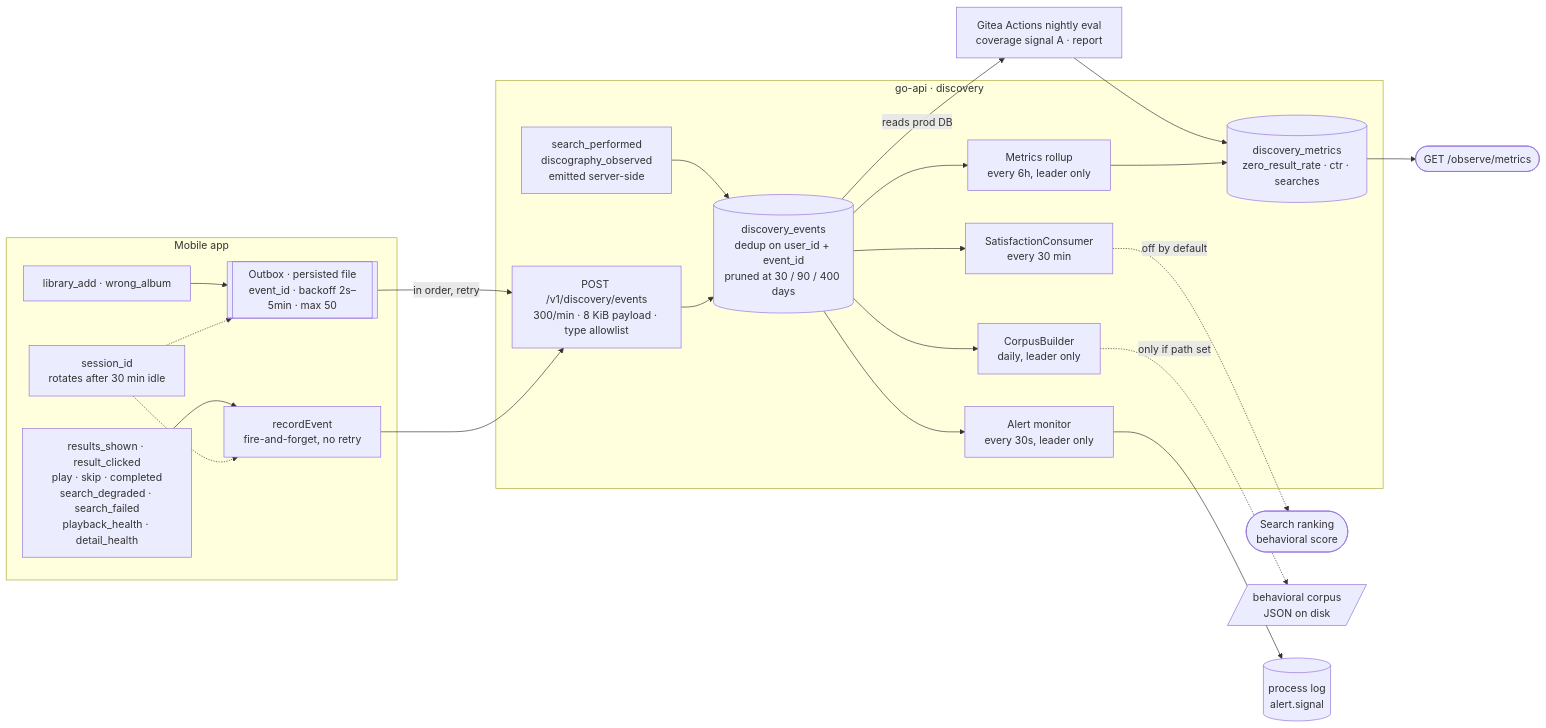
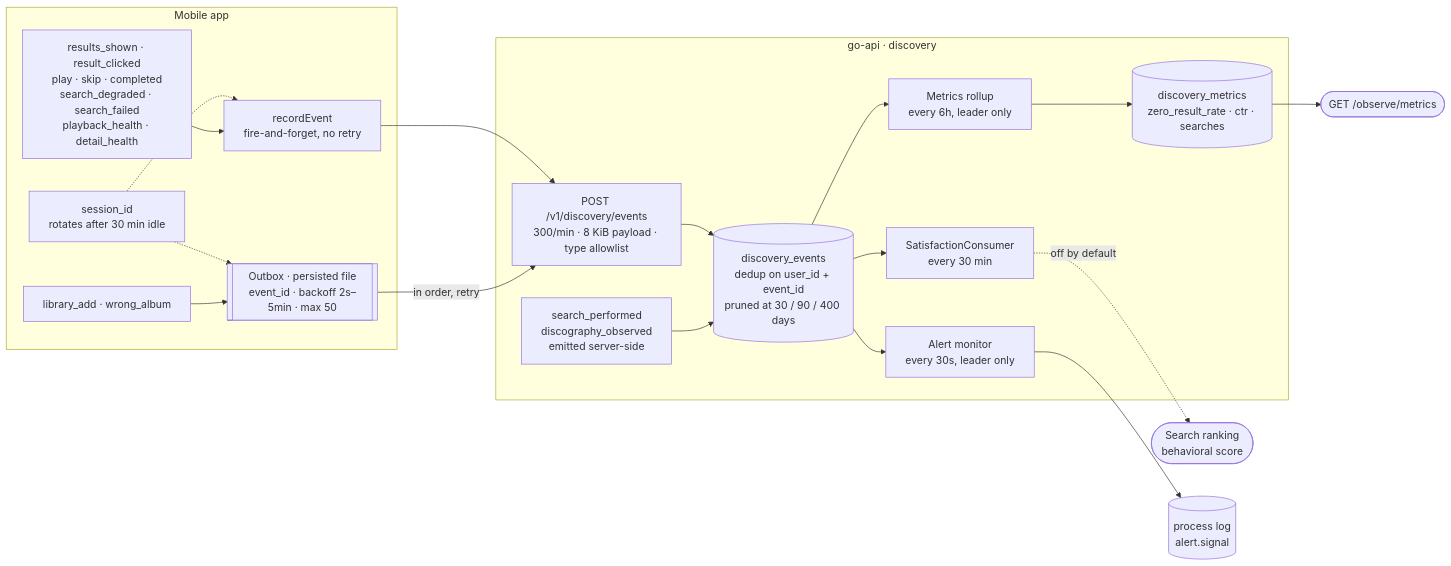
The first of 2 diagrams in docs/diagrams/telemetry.md (aleburrascano/altune), drawn with Mermaid before and after one commit. The commit also changed 5 other files, not shown here.

Commit message:
fix(app): eval discovery test names what it checks; reuse the background cap; drop stale corpus docs

````diff
--- a/docs/diagrams/telemetry.md
+++ b/docs/diagrams/telemetry.md
@@ -7,40 +7,34 @@
 ```mermaid
 flowchart LR
     subgraph app [Mobile app]
         emitters["results_shown · result_clicked<br/>play · skip · completed<br/>search_degraded · search_failed<br/>playback_health · detail_health"]
         critical["library_add · wrong_album"]
         session["session_id<br/>rotates after 30 min idle"]
         ff["recordEvent<br/>fire-and-forget, no retry"]
         outbox[["Outbox · persisted file<br/>event_id · backoff 2s–5min · max 50"]]
     end
 
     subgraph api [go-api · discovery]
         ingest["POST /v1/discovery/events<br/>300/min · 8 KiB payload · type allowlist"]
         server_emit["search_performed<br/>discography_observed<br/>emitted server-side"]
         events[("discovery_events<br/>dedup on user_id + event_id<br/>pruned at 30 / 90 / 400 days")]
         sat["SatisfactionConsumer<br/>every 30 min"]
         rollup["Metrics rollup<br/>every 6h, leader only"]
-        corpus["CorpusBuilder<br/>daily, leader only"]
         alert["Alert monitor<br/>every 30s, leader only"]
         metrics[("discovery_metrics<br/>zero_result_rate · ctr · searches")]
     end
 
     ranking(["Search ranking<br/>behavioral score"])
-    corpusfile[/"behavioral corpus<br/>JSON on disk"/]
     observem(["GET /observe/metrics"])
     logs[("process log<br/>alert.signal")]
-    nightly["Gitea Actions nightly eval<br/>coverage signal A · report"]
 
     session -.-> ff & outbox
     emitters --> ff --> ingest
     critical --> outbox
     outbox -->|in order, retry| ingest
     ingest --> events
     server_emit --> events
     events --> sat -.->|off by default| ranking
     events --> rollup --> metrics --> observem
-    events --> corpus -.->|only if path set| corpusfile
     events --> alert --> logs
-    events -->|reads prod DB| nightly
-    nightly --> metrics
 ```
````
